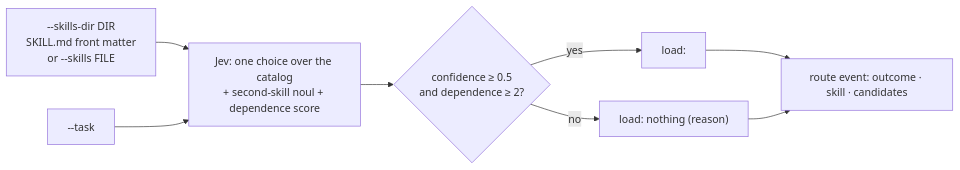
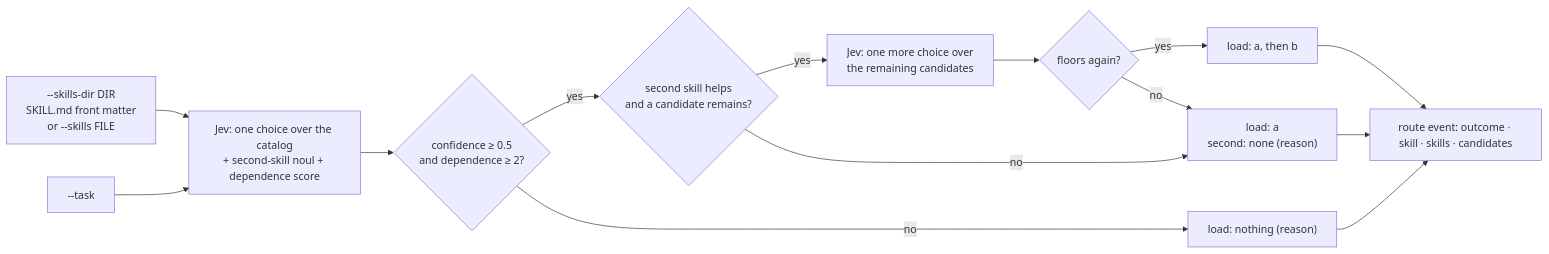
The third of 4 diagrams in docs/cli.md (jbt95/jev-toolkit), drawn with Mermaid before and after one commit. The commit also changed other lines of this file and 21 other files, not shown here.

````diff
--- a/docs/cli.md
+++ b/docs/cli.md
@@ -126,9 +127,14 @@
 ```mermaid
 flowchart LR
   CAT["--skills-dir DIR<br/>SKILL.md front matter<br/>or --skills FILE"] --> Q["Jev: one choice over the catalog<br/>+ second-skill noul + dependence score"]
   TASK["--task"] --> Q
   Q --> FLOORS{"confidence ≥ 0.5<br/>and dependence ≥ 2?"}
-  FLOORS -->|yes| LOAD["load: <skill>"]
+  FLOORS -->|yes| SECOND{"second skill helps<br/>and a candidate remains?"}
   FLOORS -->|no| NONE["load: nothing (reason)"]
-  LOAD & NONE --> EV["route event: outcome · skill · candidates"]
+  SECOND -->|yes| Q2["Jev: one more choice over<br/>the remaining candidates"]
+  Q2 --> FLOORS2{"floors again?"}
+  FLOORS2 -->|yes| CHAIN["load: a, then b"]
+  FLOORS2 -->|no| ONE["load: a<br/>second: none (reason)"]
+  SECOND -->|no| ONE
+  CHAIN & ONE & NONE --> EV["route event: outcome · skill · skills · candidates"]
 ```
````
